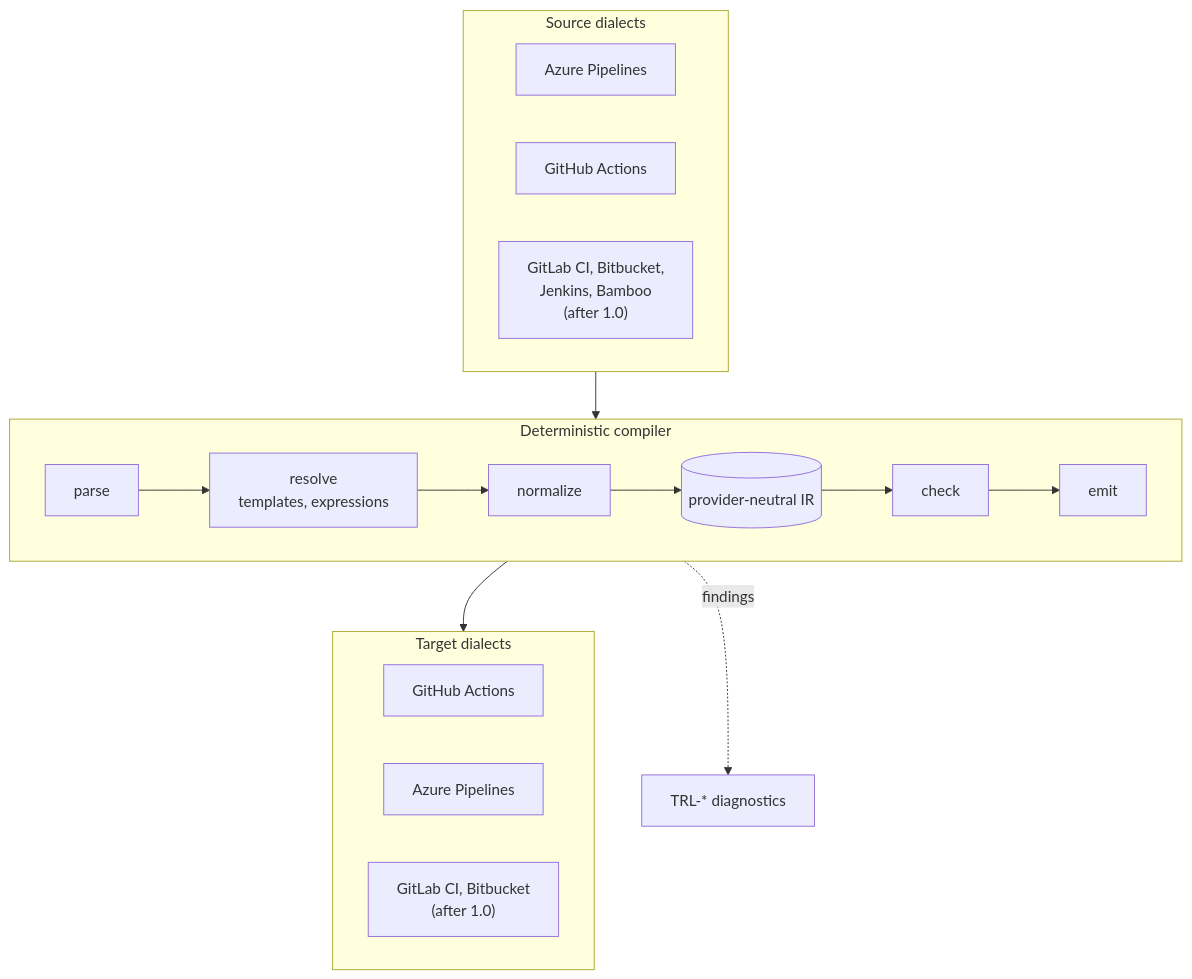
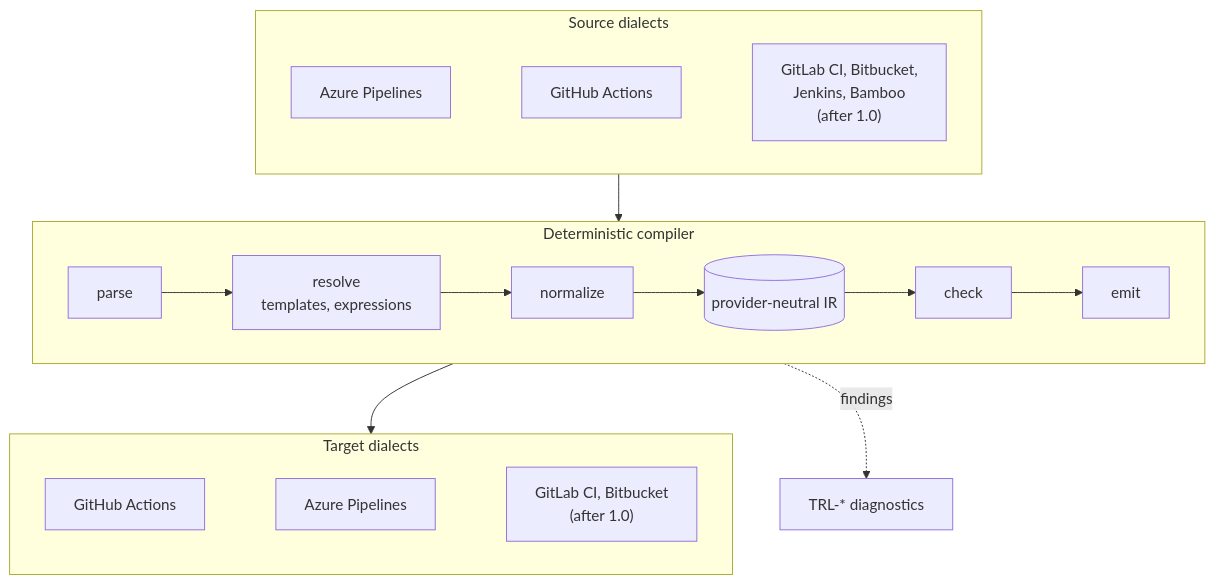
Before and after one commit to HarnageaGabriel/trasloco: the first of 2 diagrams in README.md, drawn with Mermaid.

Commit message:
docs(readme): lay out platform rows horizontally

````diff
--- a/README.md
+++ b/README.md
@@ -183,26 +183,28 @@
 ```mermaid
 flowchart TB
   subgraph sources["Source dialects"]
     direction LR
     ado_in["Azure Pipelines"]
     gha_in["GitHub Actions"]
     more_in["GitLab CI, Bitbucket,<br/>Jenkins, Bamboo<br/>(after 1.0)"]
+    ado_in ~~~ gha_in ~~~ more_in
   end
   subgraph compiler["Deterministic compiler"]
     direction LR
     parse["parse"] --> resolve["resolve<br/>templates, expressions"]
     resolve --> normalize["normalize"]
     normalize --> ir[("provider-neutral IR")]
     ir --> check["check"]
     check --> emit["emit"]
   end
   subgraph targets["Target dialects"]
     direction LR
     gha_out["GitHub Actions"]
     ado_out["Azure Pipelines"]
     more_out["GitLab CI, Bitbucket<br/>(after 1.0)"]
+    gha_out ~~~ ado_out ~~~ more_out
   end
   sources --> compiler
   compiler --> targets
   compiler -. findings .-> diag["TRL-* diagnostics"]
 ```
````
